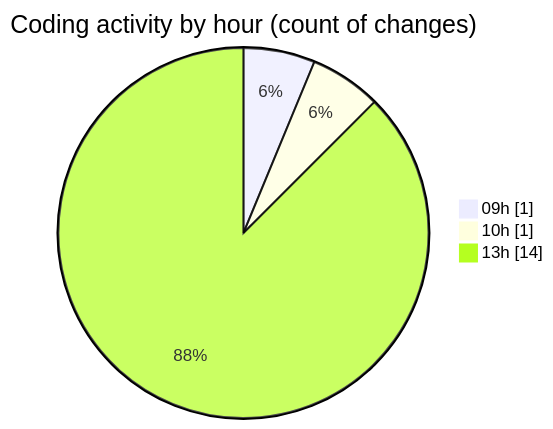
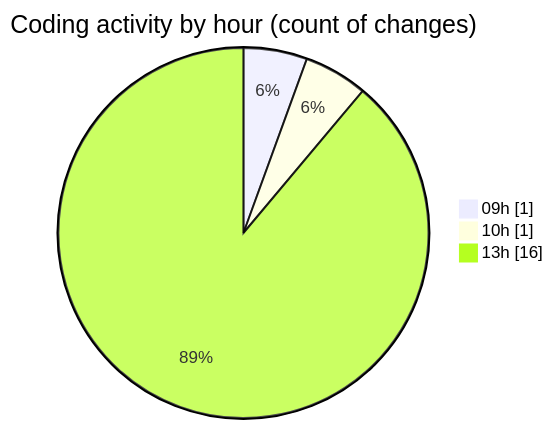
Before and after one commit to LanceThiago/code-tracking: the second of 2 diagrams in 2025-06-03/totem/README.md, drawn with Mermaid. The commit also changed other lines of this file and 1 other file, not shown here.

````diff
--- a/2025-06-03/totem/README.md
+++ b/2025-06-03/totem/README.md
@@ -34,7 +34,7 @@
 ```mermaid
 pie showData
 title Coding activity by hour (count of changes)
 "09h" : 1
 "10h" : 1
-"13h" : 14
+"13h" : 16
 ```
````
